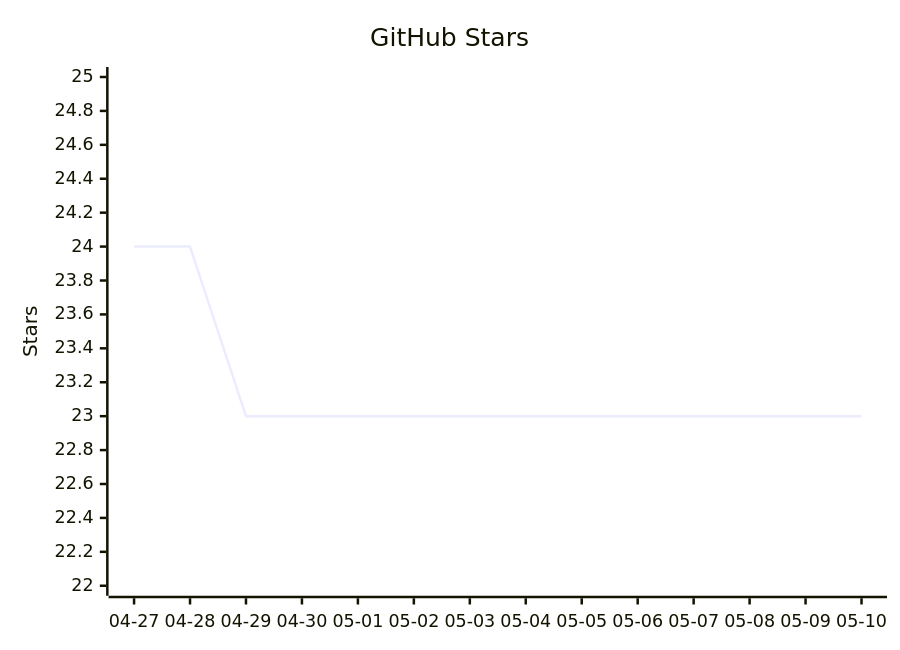
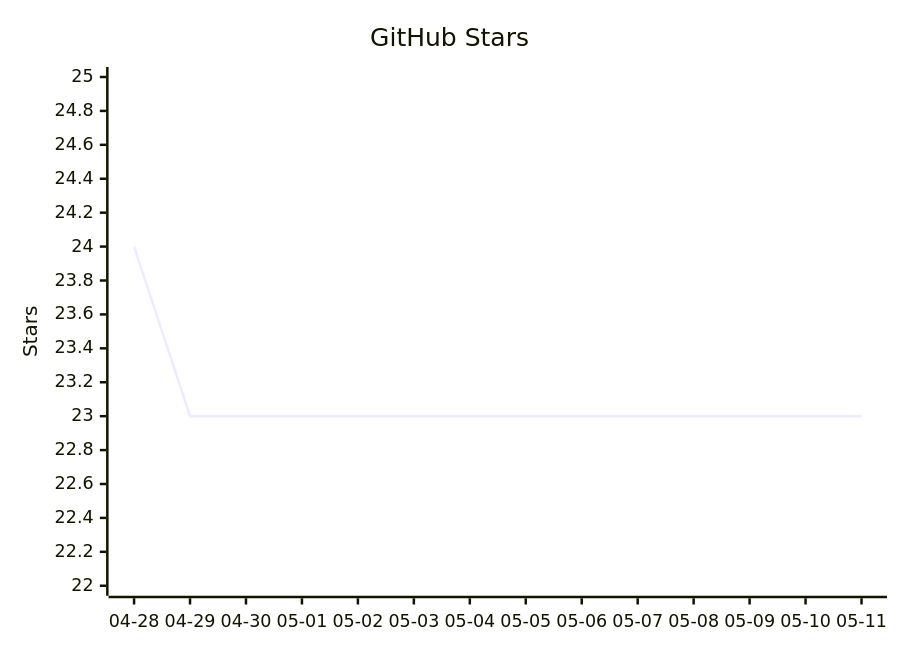
Before and after one commit to vectie/moonclaw: the diagram in README.mbt.md, drawn with Mermaid. The commit also changed other lines of this file and 1 other file, not shown here.

Commit message:
Update README star growth

````diff
--- a/README.mbt.md
+++ b/README.mbt.md
@@ -489,7 +489,7 @@
 ```mermaid
 xychart-beta
     title "GitHub Stars"
-    x-axis ["04-27","04-28","04-29","04-30","05-01","05-02","05-03","05-04","05-05","05-06","05-07","05-08","05-09","05-10"]
+    x-axis ["04-28","04-29","04-30","05-01","05-02","05-03","05-04","05-05","05-06","05-07","05-08","05-09","05-10","05-11"]
     y-axis "Stars" 22 --> 25
-    line [24,24,23,23,23,23,23,23,23,23,23,23,23,23]
+    line [24,23,23,23,23,23,23,23,23,23,23,23,23,23]
 ```
````
